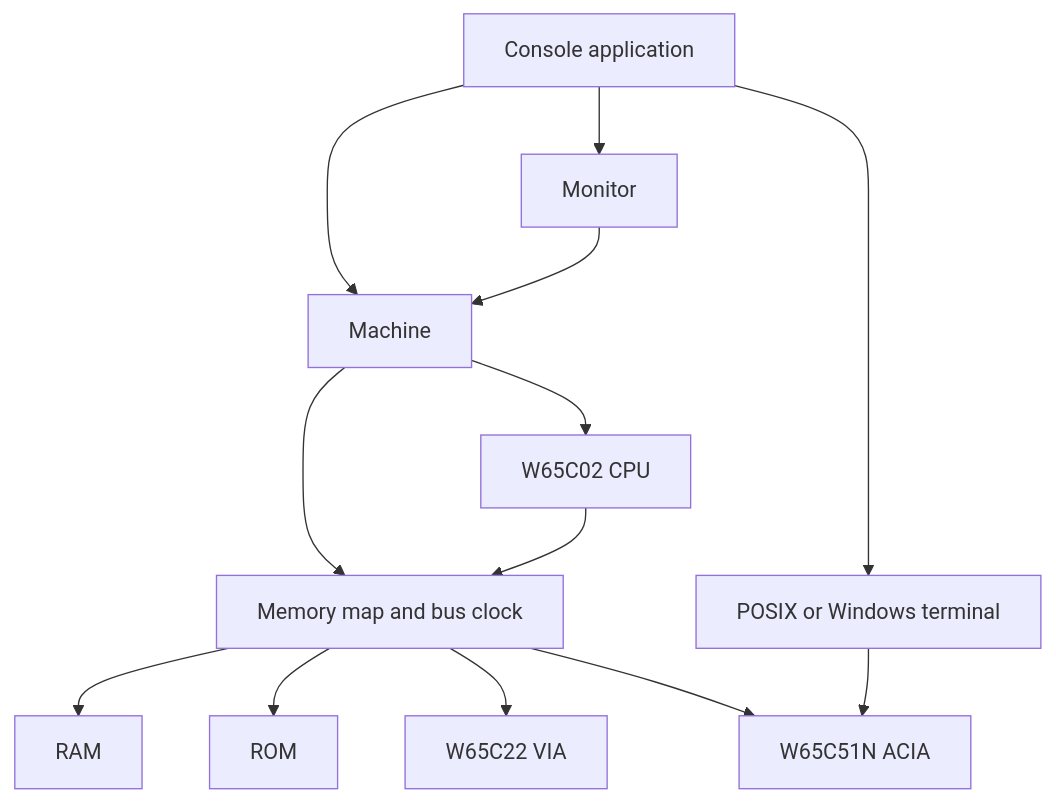
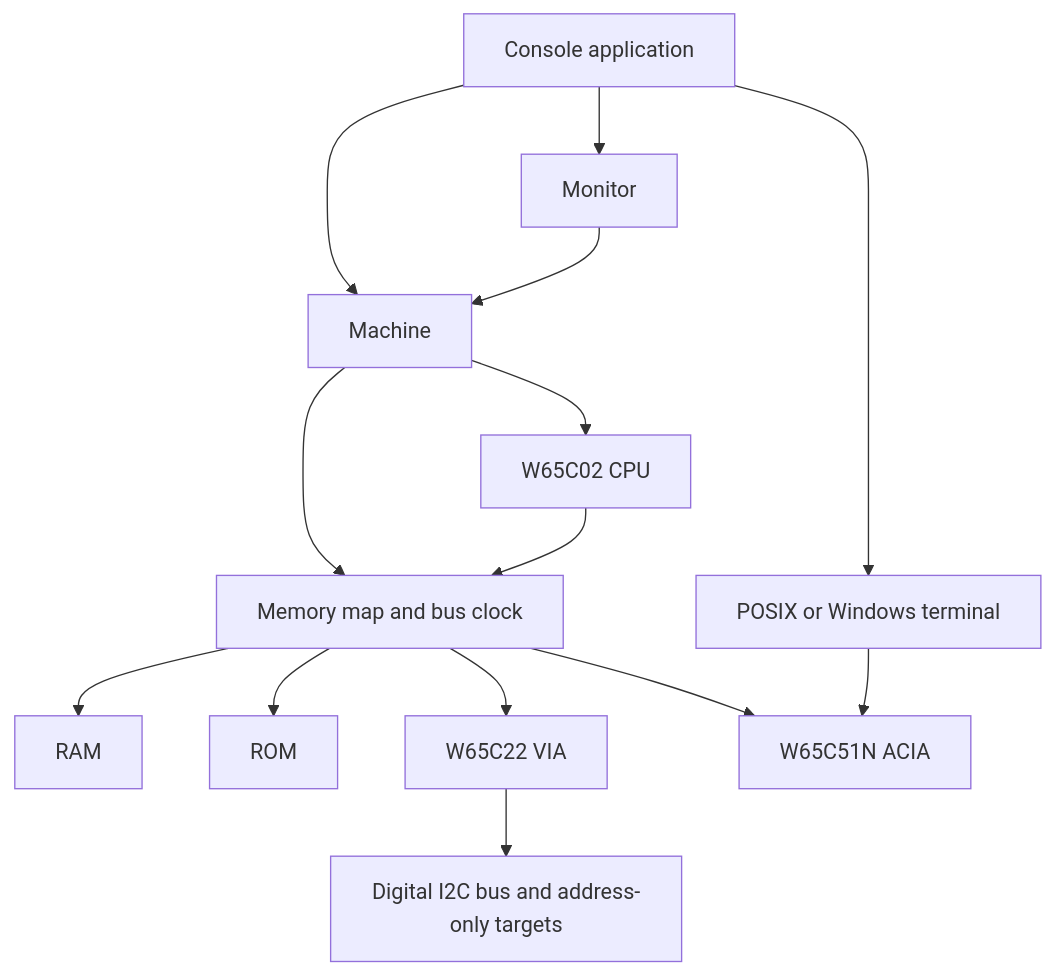
The diagram in src/joshua/docs/architecture.md (Desval27/IMNOTWOPR), drawn with Mermaid before and after one commit. The commit also changed other lines of this file and 46 other files, not shown here.

Commit message:
cpu schematic first version; pct work; joshua/kernal support for i2c devices

````diff
--- a/src/joshua/docs/architecture.md
+++ b/src/joshua/docs/architecture.md
@@ -10,15 +10,16 @@
 ```mermaid
 flowchart TD
     App[Console application] --> Monitor
     App --> Machine
     Monitor --> Machine
     Machine --> CPU[W65C02 CPU]
     Machine --> Bus[Memory map and bus clock]
     CPU --> Bus
     Bus --> RAM
     Bus --> ROM
     Bus --> VIA[W65C22 VIA]
+    VIA --> I2C[Digital I2C bus and address-only targets]
     Bus --> ACIA[W65C51N ACIA]
     App --> Terminal[POSIX or Windows terminal]
     Terminal --> ACIA
 ```
````
